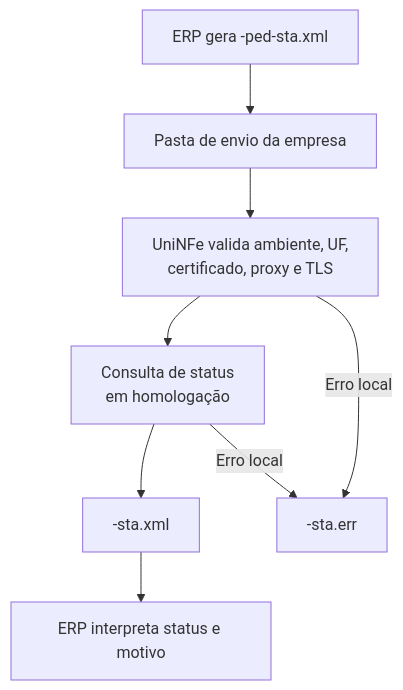
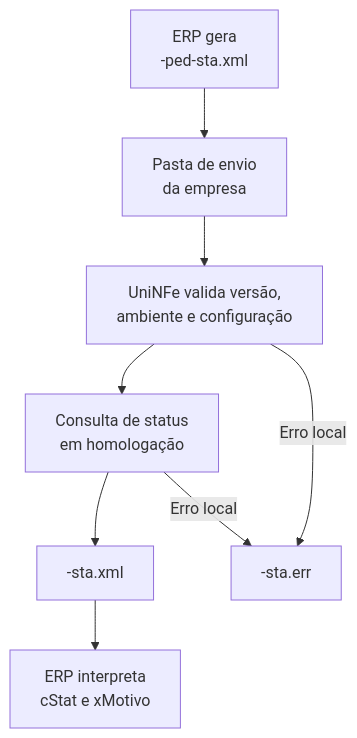
One commit to Unimake/Uninfe changed the diagram in docs/servicos/nfeabi/consulta-status-servico.md. Above: the diagram before and after it, drawn with Mermaid. The commit also changed other lines of this file and 3 other files, not shown here.

````diff
--- a/docs/servicos/nfeabi/consulta-status-servico.md
+++ b/docs/servicos/nfeabi/consulta-status-servico.md
@@ -45,10 +47,10 @@
 ```mermaid
 flowchart TD
-    A["ERP gera <identificador>-ped-sta.xml"] --> B["Pasta de envio da empresa"]
-    B --> C["UniNFe valida ambiente, UF,<br/>certificado, proxy e TLS"]
+    A["ERP gera<br/><identificador>-ped-sta.xml"] --> B["Pasta de envio<br/>da empresa"]
+    B --> C["UniNFe valida versão,<br/>ambiente e configuração"]
     C --> D["Consulta de status<br/>em homologação"]
     D --> E["<identificador>-sta.xml"]
-    E --> F["ERP interpreta status e motivo"]
+    E --> F["ERP interpreta<br/>cStat e xMotivo"]
     C -->|Erro local| G["<identificador>-sta.err"]
     D -->|Erro local| G
 ```
````
